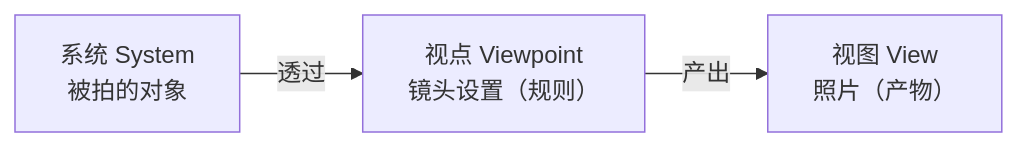
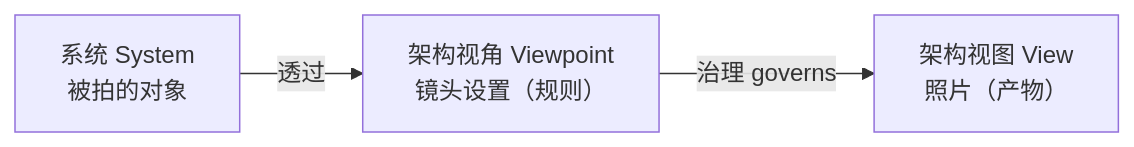
The fourth of 5 diagrams in 100-subprojects/01-系统工程研究/03-架构师是个怎样的物种/10-第10章-架构.md (Yongjunzhou/AOS-system-design), drawn with Mermaid before and after one commit. The commit also changed other lines of this file and 42 other files, not shown here.

````diff
--- a/100-subprojects/01-系统工程研究/03-架构师是个怎样的物种/10-第10章-架构.md
+++ b/100-subprojects/01-系统工程研究/03-架构师是个怎样的物种/10-第10章-架构.md
@@ -530,4 +574,4 @@
 ```mermaid
 flowchart LR
-    S["系统 System<br/>被拍的对象"] -->|"透过"| VP["视点 Viewpoint<br/>镜头设置（规则）"] -->|"产出"| V["视图 View<br/>照片（产物）"]
+    S["系统 System<br/>被拍的对象"] -->|"透过"| VP["架构视角 Viewpoint<br/>镜头设置（规则）"] -->|"治理 governs"| V["架构视图 View<br/>照片（产物）"]
 ```
````
